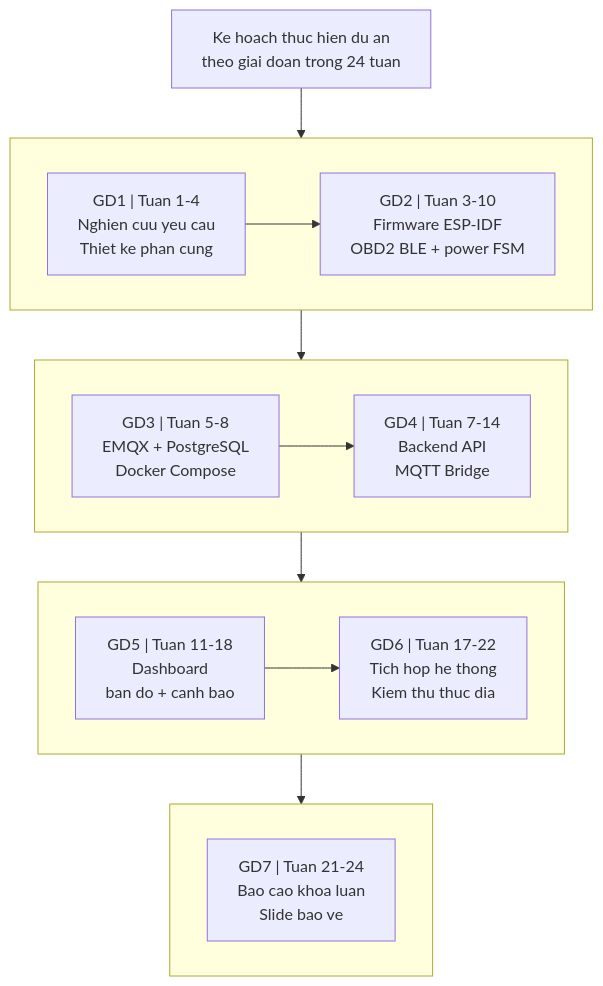
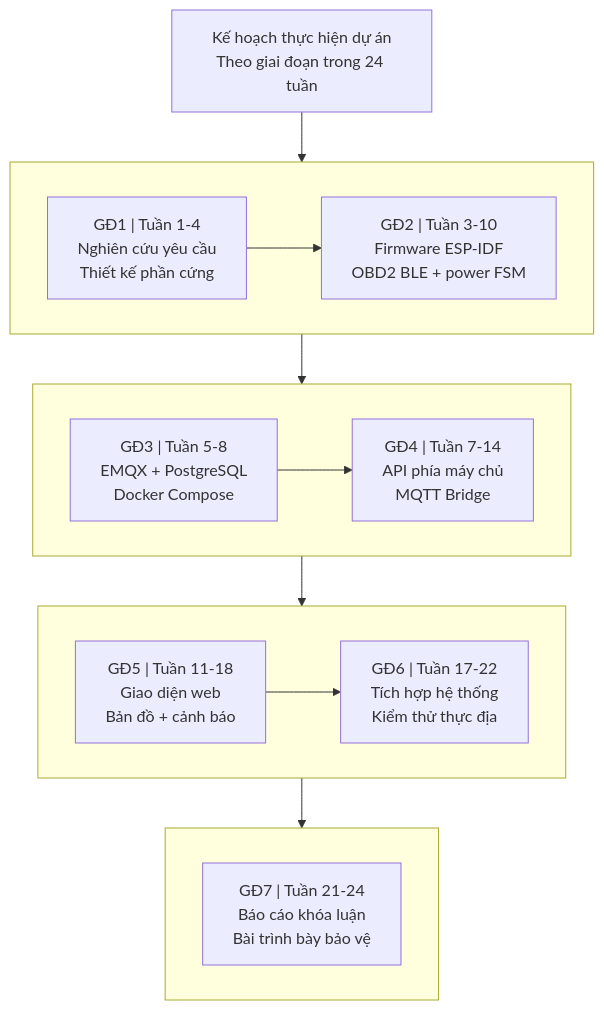
One commit to anmh1205/IoT_Vehicle_Tracking_System changed the diagram in resources/reports/thesis/final/assets/uml/14-phu-luc-hinh-pl-3-1.mmd. Above: the diagram before and after it, drawn with Mermaid. The commit also changed 770 other files, not shown here.

```diff
--- a/resources/reports/thesis/final/assets/uml/14-phu-luc-hinh-pl-3-1.mmd
+++ b/resources/reports/thesis/final/assets/uml/14-phu-luc-hinh-pl-3-1.mmd
@@ -1,28 +1,28 @@
 flowchart TB
-    Title["Ke hoach thuc hien du an<br/>theo giai doan trong 24 tuan"]
+    Title["Kế hoạch thực hiện dự án<br/>Theo giai đoạn trong 24 tuần"]
 
     subgraph Row1[" "]
         direction LR
-        P1["GD1 | Tuan 1-4<br/>Nghien cuu yeu cau<br/>Thiet ke phan cung"]
-        P2["GD2 | Tuan 3-10<br/>Firmware ESP-IDF<br/>OBD2 BLE + power FSM"]
+        P1["GĐ1 | Tuần 1-4<br/>Nghiên cứu yêu cầu<br/>Thiết kế phần cứng"]
+        P2["GĐ2 | Tuần 3-10<br/>Firmware ESP-IDF<br/>OBD2 BLE + power FSM"]
     end
 
     subgraph Row2[" "]
         direction LR
-        P3["GD3 | Tuan 5-8<br/>EMQX + PostgreSQL<br/>Docker Compose"]
-        P4["GD4 | Tuan 7-14<br/>Backend API<br/>MQTT Bridge"]
+        P3["GĐ3 | Tuần 5-8<br/>EMQX + PostgreSQL<br/>Docker Compose"]
+        P4["GĐ4 | Tuần 7-14<br/>API phía máy chủ<br/>MQTT Bridge"]
     end
 
     subgraph Row3[" "]
         direction LR
-        P5["GD5 | Tuan 11-18<br/>Dashboard<br/>ban do + canh bao"]
-        P6["GD6 | Tuan 17-22<br/>Tich hop he thong<br/>Kiem thu thuc dia"]
+        P5["GĐ5 | Tuần 11-18<br/>Giao diện web<br/>Bản đồ + cảnh báo"]
+        P6["GĐ6 | Tuần 17-22<br/>Tích hợp hệ thống<br/>Kiểm thử thực địa"]
     end
 
     subgraph Row4[" "]
         direction LR
-        P7["GD7 | Tuan 21-24<br/>Bao cao khoa luan<br/>Slide bao ve"]
+        P7["GĐ7 | Tuần 21-24<br/>Báo cáo khóa luận<br/>Bài trình bày bảo vệ"]
     end
 
     Title --> P1
     P1 --> P2 --> P3 --> P4 --> P5 --> P6 --> P7
```
